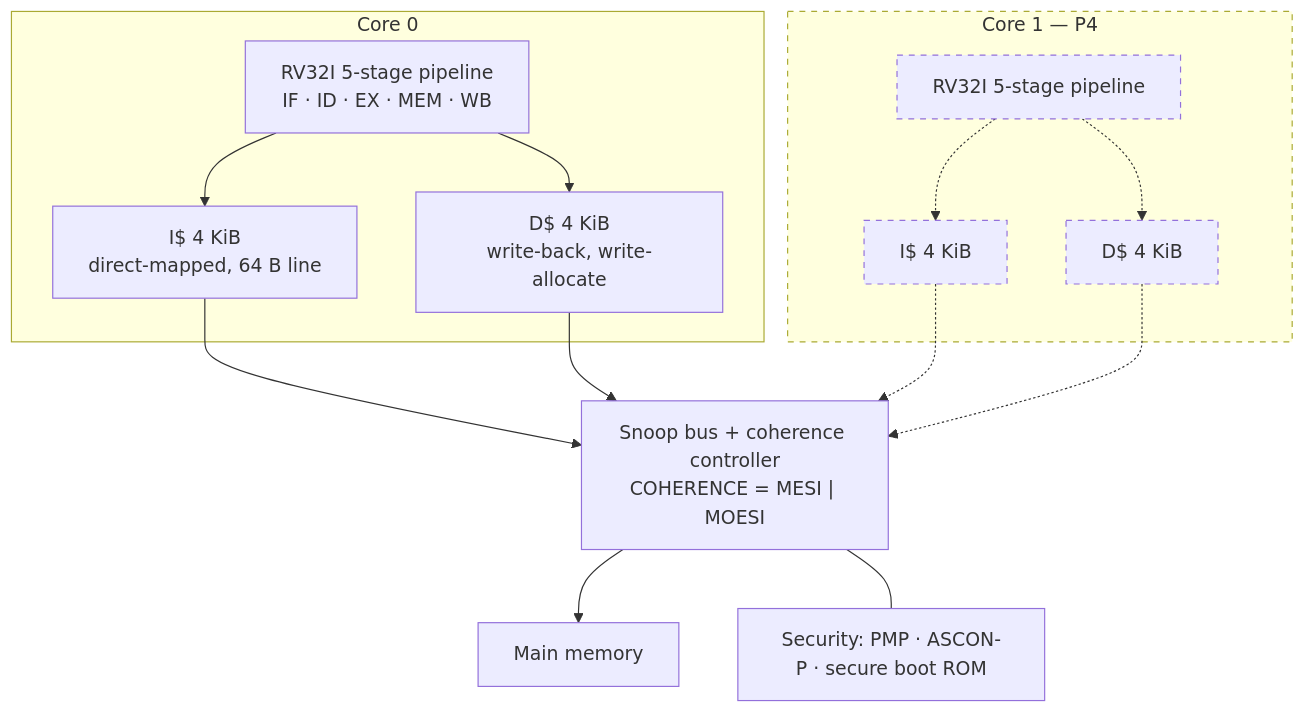
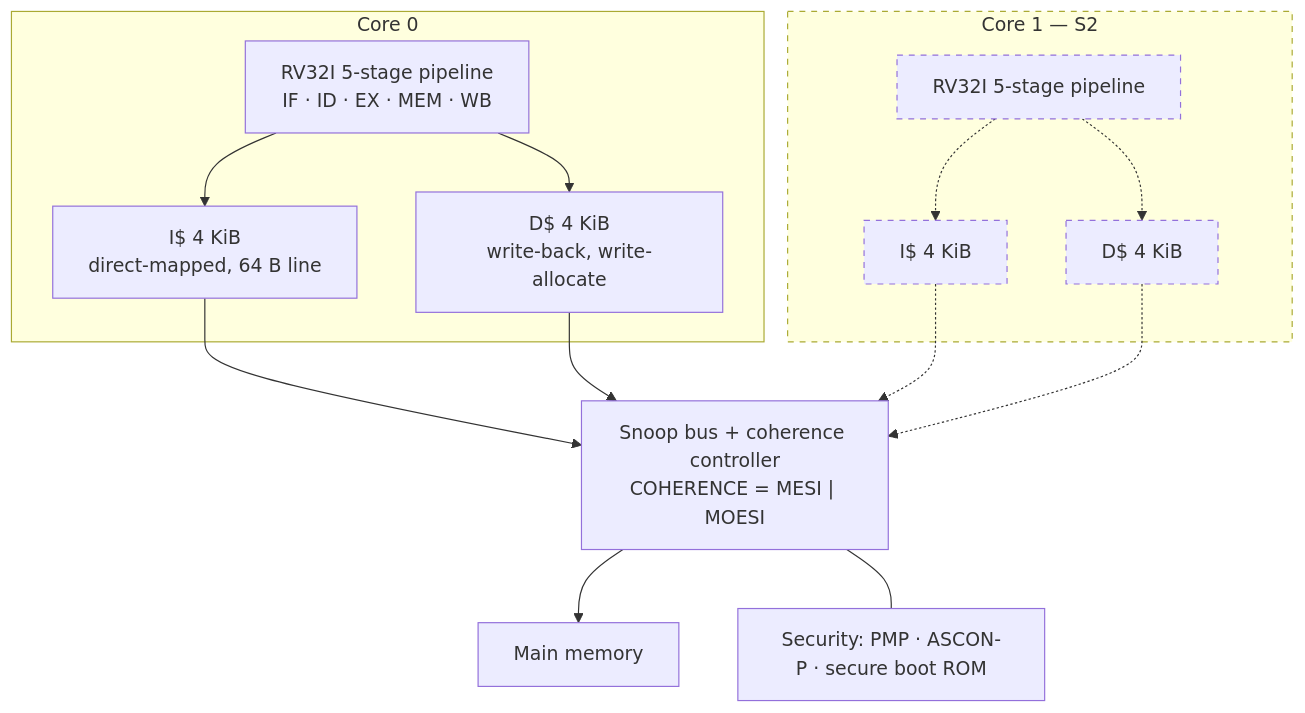
The first of 3 diagrams in README.md (VineetChadalavada/tinyTrust), drawn with Mermaid before and after one commit. The commit also changed other lines of this file and 2 other files, not shown here.

````diff
--- a/README.md
+++ b/README.md
@@ -46,32 +46,32 @@
 ```mermaid
 flowchart TB
     subgraph C0["Core 0"]
         P0["RV32I 5-stage pipeline<br/>IF · ID · EX · MEM · WB"]
         I0["I$ 4 KiB<br/>direct-mapped, 64 B line"]
         D0["D$ 4 KiB<br/>write-back, write-allocate"]
         P0 --> I0
         P0 --> D0
     end
 
-    subgraph C1["Core 1 — P4"]
+    subgraph C1["Core 1 — S2"]
         P1["RV32I 5-stage pipeline"]
         I1["I$ 4 KiB"]
         D1["D$ 4 KiB"]
         P1 -.-> I1
         P1 -.-> D1
     end
 
     SNOOP["Snoop bus + coherence controller<br/>COHERENCE = MESI | MOESI"]
     MEM["Main memory"]
     SEC["Security: PMP · ASCON-P · secure boot ROM"]
 
     I0 --> SNOOP
     D0 --> SNOOP
     I1 -.-> SNOOP
     D1 -.-> SNOOP
     SNOOP --> MEM
     SNOOP --- SEC
 
     classDef planned stroke-dasharray: 5 5
     class C1,P1,I1,D1 planned
 ```
````
